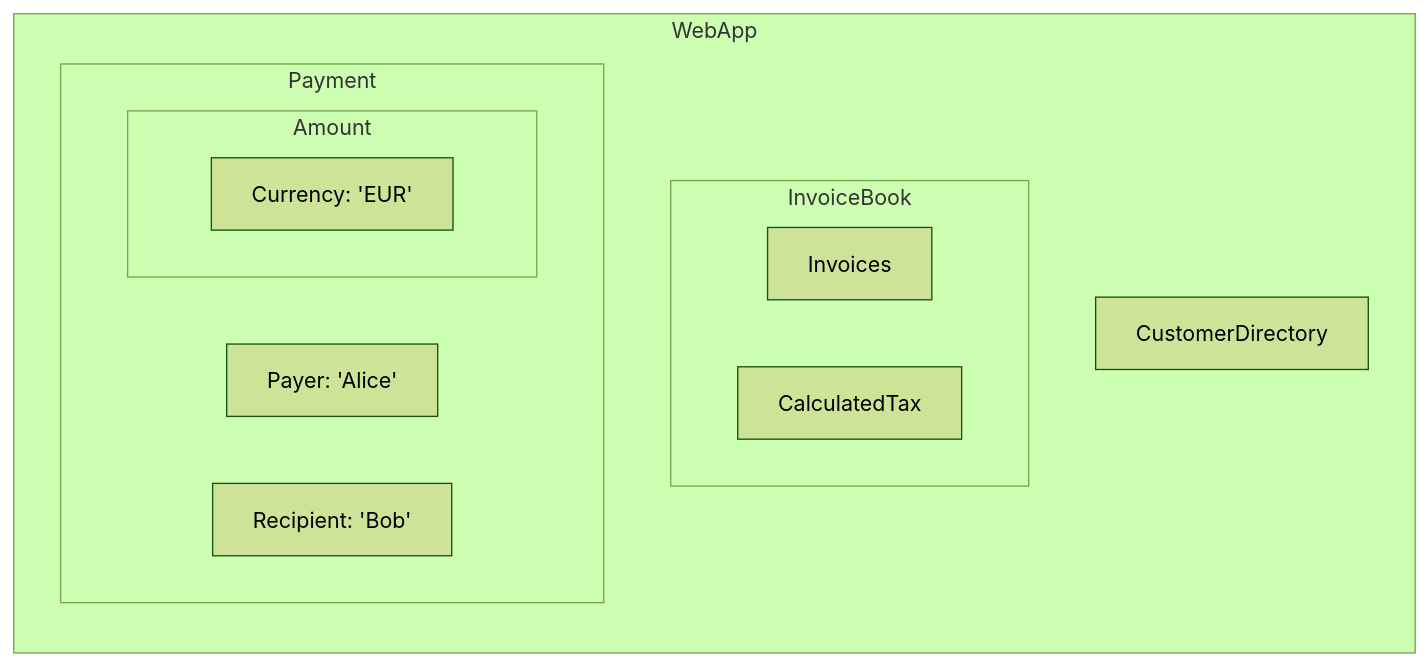
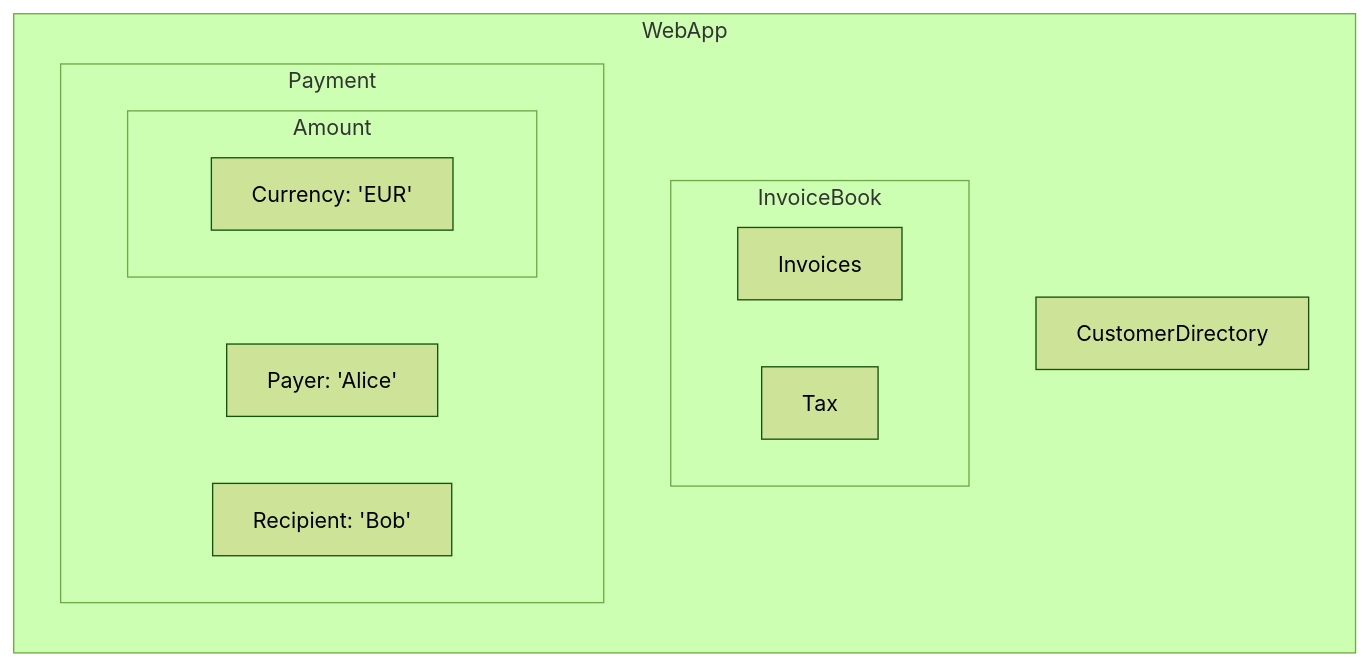
Before and after one commit to andreas-wagner-dev/object-oriented-learning-journey: the fourth of 5 diagrams in blog/_draft/000_notes.md, drawn with Mermaid (forest theme). The commit also changed other lines of this file, not shown here.

````diff
--- a/blog/_draft/000_notes.md
+++ b/blog/_draft/000_notes.md
@@ -380,21 +380,21 @@
 ```mermaid
 flowchart TD
     subgraph WebApp [WebApp]
         direction TB
 
         subgraph InvoiceBook [InvoiceBook]
             Invoices[Invoices]
-            CalculatedTax[CalculatedTax]
+            Tax[Tax]
         end
 
         subgraph Payment [Payment]
             Payer[Payer: 'Alice']
             Recipient[Recipient: 'Bob']
             subgraph Amount [Amount]
                 Currency[Currency: 'EUR']
             end
         end
 
         CustomerDirectory[CustomerDirectory]
     end
 ```
````
